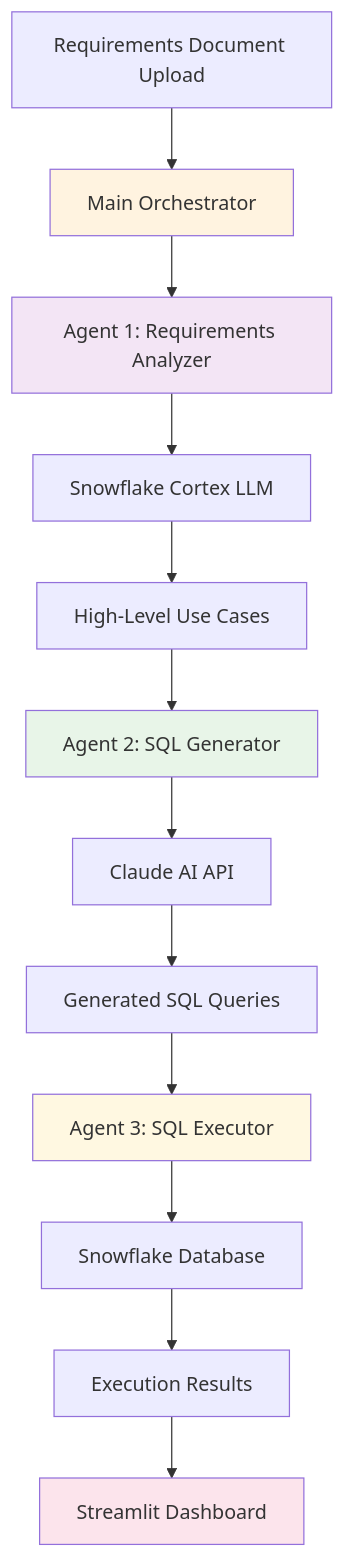
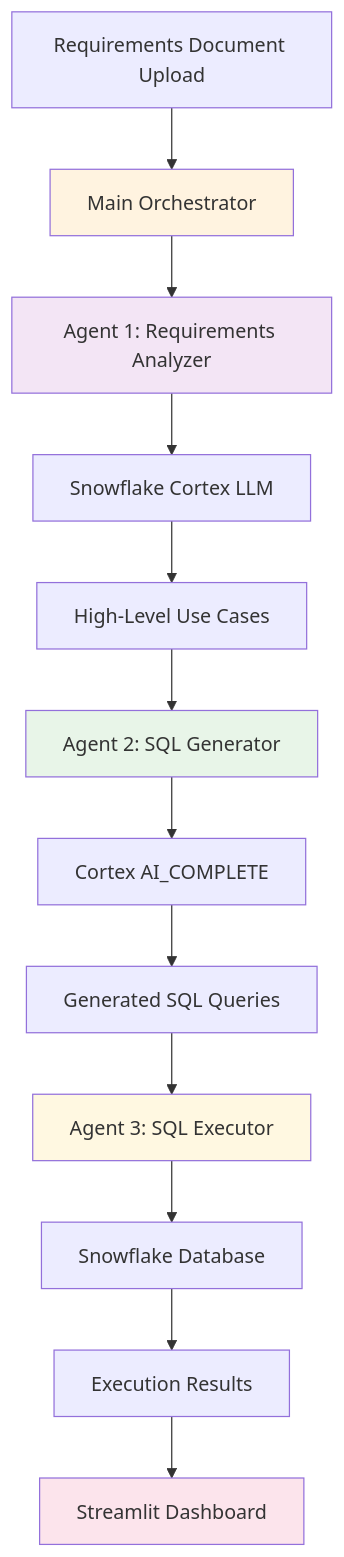
The diagram in Multi_Agent_Application/readme.md (Sarjukumar/Multi-Agent), drawn with Mermaid before and after one commit.

````diff
--- a/Multi_Agent_Application/readme.md
+++ b/Multi_Agent_Application/readme.md
@@ -17,21 +17,21 @@
 ```mermaid
 graph TD
     A[Requirements Document Upload] --> B[Main Orchestrator]
     B --> C[Agent 1: Requirements Analyzer]
     C --> D[Snowflake Cortex LLM]
     D --> E[High-Level Use Cases]
     E --> F[Agent 2: SQL Generator]
-    F --> G[Claude AI API]
+    F --> G[Cortex AI_COMPLETE]
     G --> H[Generated SQL Queries]
     H --> I[Agent 3: SQL Executor]
     I --> J[Snowflake Database]
     J --> K[Execution Results]
     K --> L[Streamlit Dashboard]
     
     style A fill:#e1f5feAdd commentMore actions
     style B fill:#fff3e0
     style C fill:#f3e5f5
     style F fill:#e8f5e8
     style I fill:#fff8e1
     style L fill:#fce4ec
 ```
````
